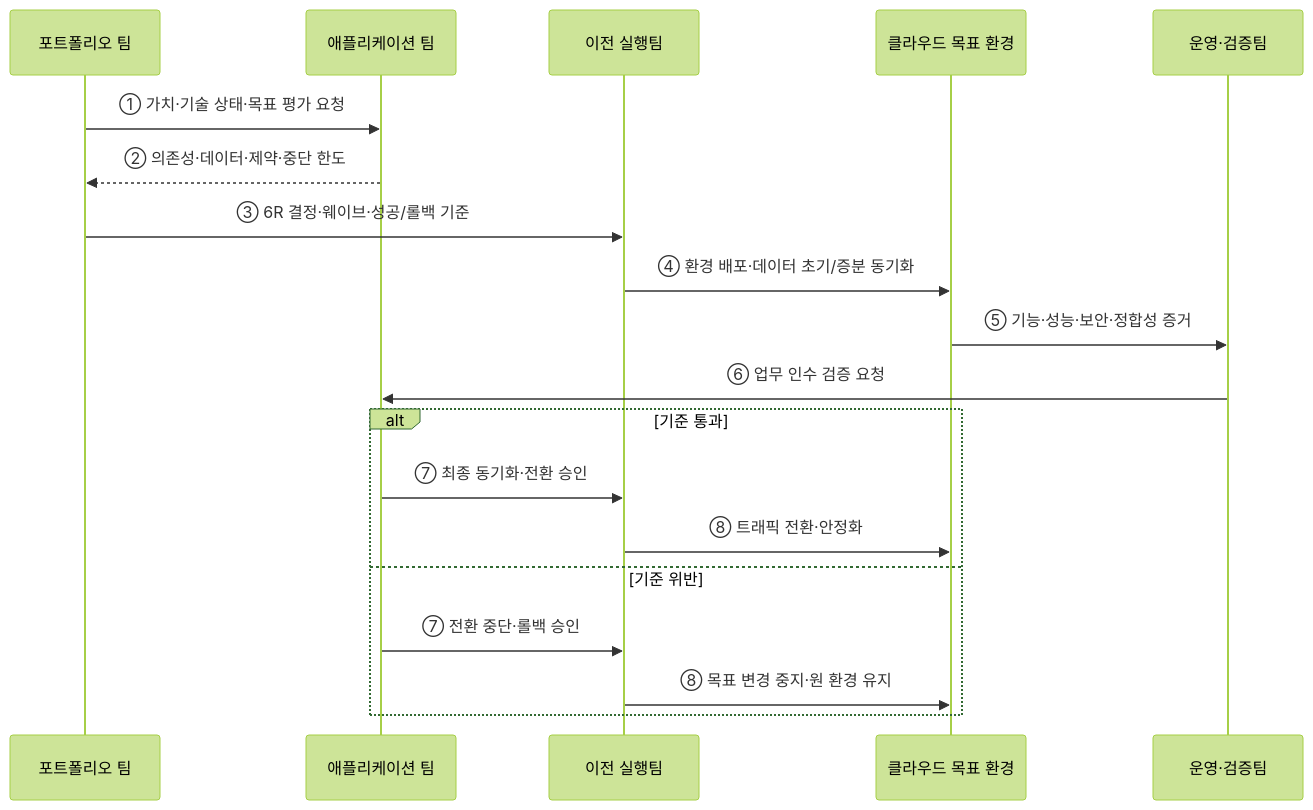
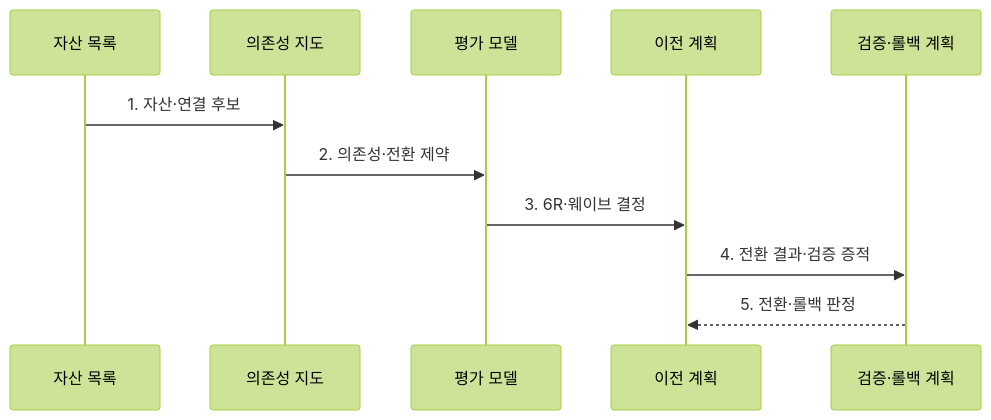
Before and after one commit to agnusdei1207/knowledge-base: the second of 2 diagrams in src/content/docs/notes/03-software/146_cloud_migration_6r.md, drawn with Mermaid (forest theme). The commit also changed other lines of this file and 20 other files, not shown here.

````diff
--- a/src/content/docs/notes/03-software/146_cloud_migration_6r.md
+++ b/src/content/docs/notes/03-software/146_cloud_migration_6r.md
@@ -69,21 +83,13 @@
 ```mermaid
 sequenceDiagram
-    participant P as 포트폴리오 팀
-    participant A as 애플리케이션 팀
-    participant M as 이전 실행팀
-    participant C as 클라우드 목표 환경
-    participant O as 운영·검증팀
-    P->>A: ① 가치·기술 상태·목표 평가 요청
-    A-->>P: ② 의존성·데이터·제약·중단 한도
-    P->>M: ③ 6R 결정·웨이브·성공/롤백 기준
-    M->>C: ④ 환경 배포·데이터 초기/증분 동기화
-    C->>O: ⑤ 기능·성능·보안·정합성 증거
-    O->>A: ⑥ 업무 인수 검증 요청
-    alt 기준 통과
-        A->>M: ⑦ 최종 동기화·전환 승인
-        M->>C: ⑧ 트래픽 전환·안정화
-    else 기준 위반
-        A->>M: ⑦ 전환 중단·롤백 승인
-        M->>C: ⑧ 목표 변경 중지·원 환경 유지
-    end
+    participant A as 자산 목록
+    participant D as 의존성 지도
+    participant E as 평가 모델
+    participant M as 이전 계획
+    participant V as 검증·롤백 계획
+    A->>D: 1. 자산·연결 후보
+    D->>E: 2. 의존성·전환 제약
+    E->>M: 3. 6R·웨이브 결정
+    M->>V: 4. 전환 결과·검증 증적
+    V-->>M: 5. 전환·롤백 판정
 ```
````
